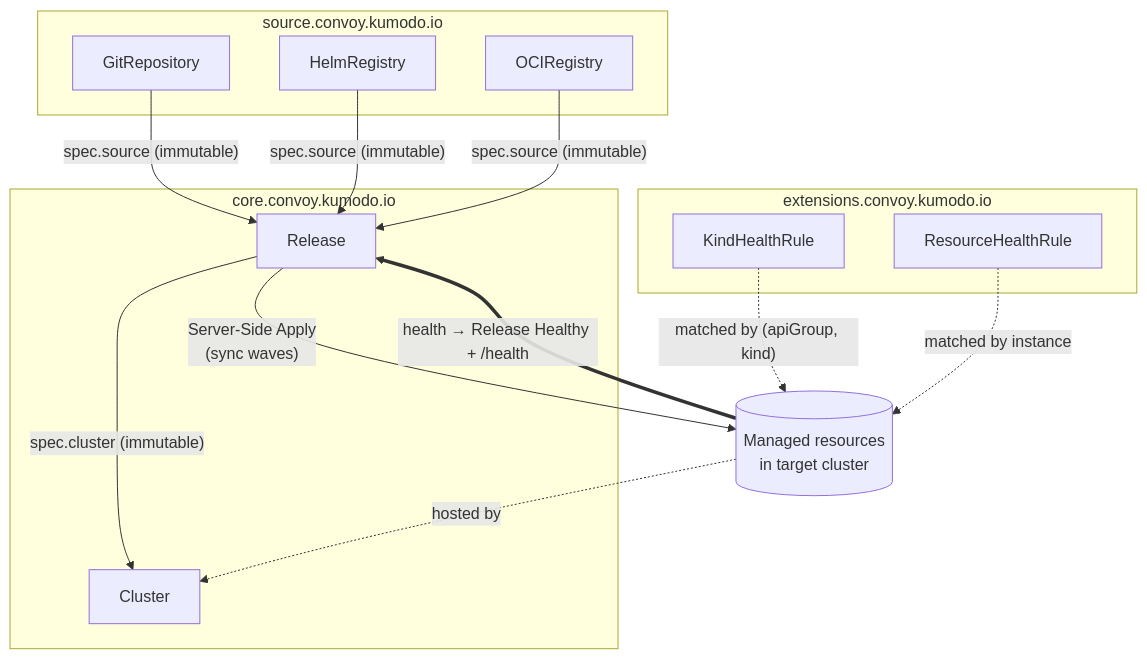
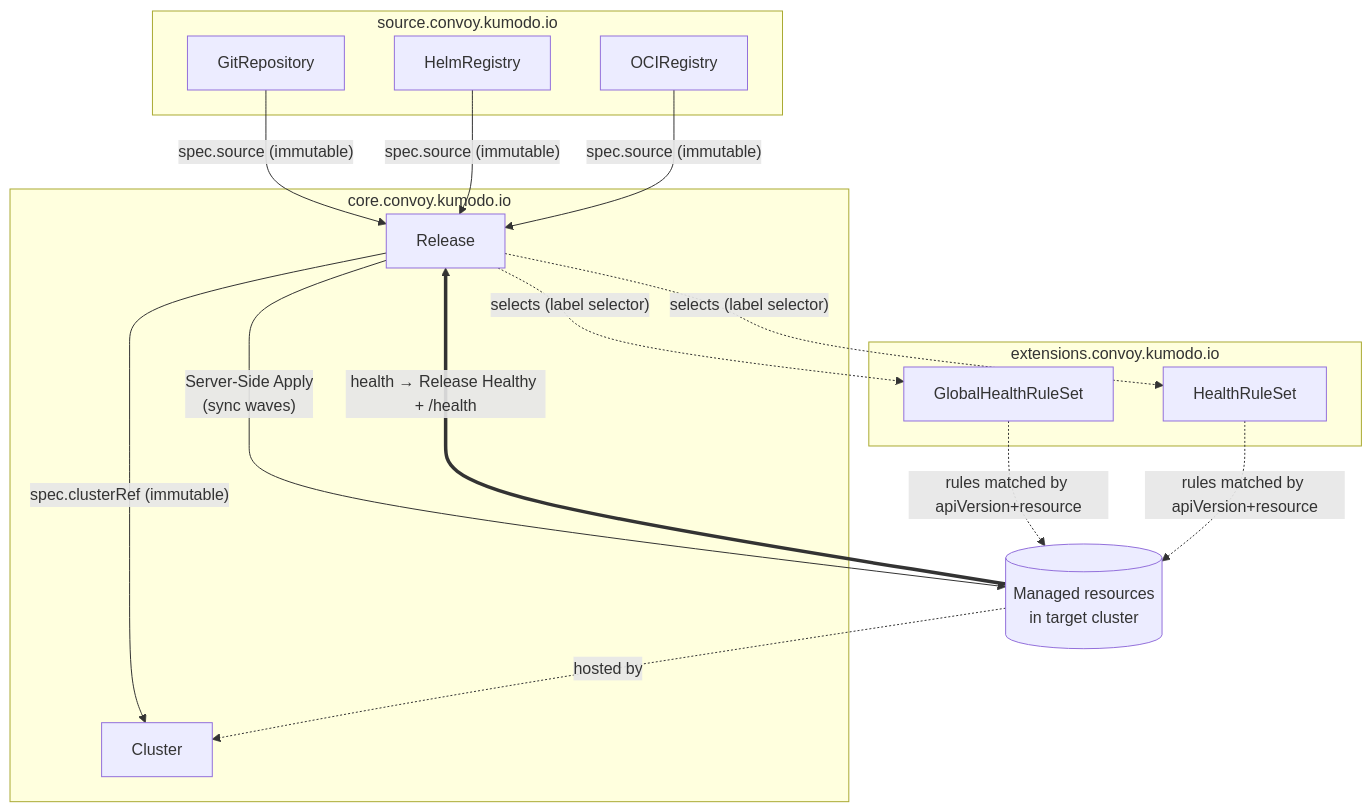
Before and after one commit to kumodo-io/convoy: the diagram in docs/design/api/00-overview.md, drawn with Mermaid. The commit also changed other lines of this file and 13 other files, not shown here.

````diff
--- a/docs/design/api/00-overview.md
+++ b/docs/design/api/00-overview.md
@@ -39,30 +39,32 @@
 ```mermaid
 flowchart TD
     subgraph source["source.convoy.kumodo.io"]
         GR[GitRepository]
         HR[HelmRegistry]
         OR[OCIRegistry]
     end
 
     subgraph core["core.convoy.kumodo.io"]
         REL[Release]
         CL[Cluster]
     end
 
     subgraph extensions["extensions.convoy.kumodo.io"]
-        KHR[KindHealthRule]
-        RHR[ResourceHealthRule]
+        GHRS[GlobalHealthRuleSet]
+        HRS[HealthRuleSet]
     end
 
     MR[("Managed resources<br/>in target cluster")]
 
     GR -->|"spec.source (immutable)"| REL
     HR -->|"spec.source (immutable)"| REL
     OR -->|"spec.source (immutable)"| REL
-    REL -->|"spec.cluster (immutable)"| CL
+    REL -->|"spec.clusterRef (immutable)"| CL
     REL -->|"Server-Side Apply<br/>(sync waves)"| MR
     MR -.->|"hosted by"| CL
-    KHR -.->|"matched by (apiGroup, kind)"| MR
-    RHR -.->|"matched by instance"| MR
+    REL -.->|"selects (label selector)"| GHRS
+    REL -.->|"selects (label selector)"| HRS
+    GHRS -.->|"rules matched by apiVersion+resource"| MR
+    HRS -.->|"rules matched by apiVersion+resource"| MR
     MR ==>|"health → Release Healthy + /health"| REL
 ```
````
